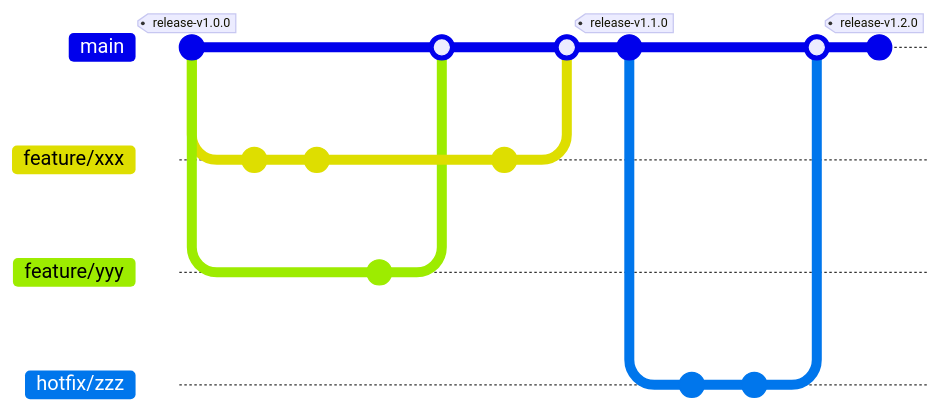
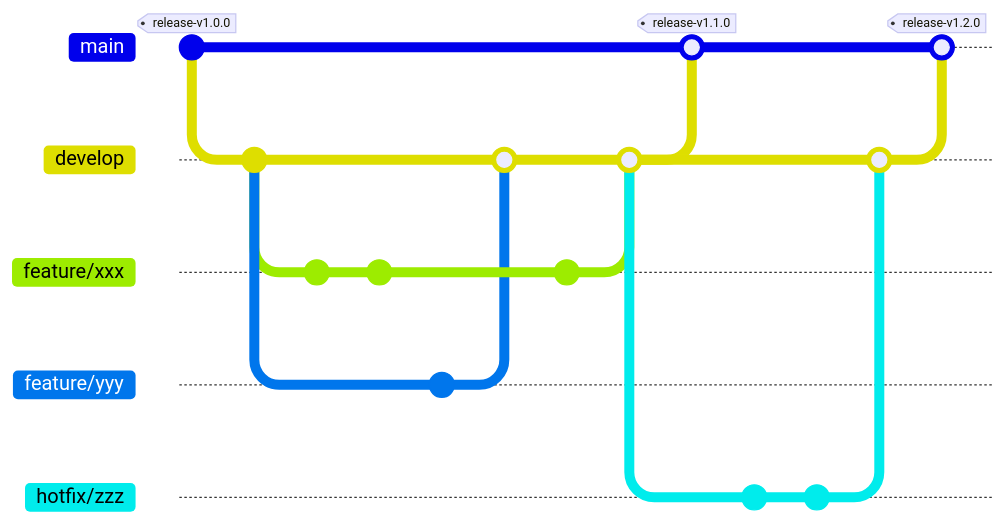
The diagram in docs/development-flow.md (oqtopus-team/qdash), drawn with Mermaid before and after one commit. The commit also changed other lines of this file, not shown here. Commit ids are hidden.

Commit message:
docs: update branch strategy

````diff
--- a/docs/development-flow.md
+++ b/docs/development-flow.md
@@ -9,24 +9,28 @@
 ```mermaid
 gitGraph LR:
     commit tag:"release-v1.0.0"
+    branch develop
+    commit
     branch feature/xxx
     commit
     commit
-    checkout main
+    checkout develop
     branch feature/yyy
     commit
-    checkout main
+    checkout develop
     merge feature/yyy
     checkout feature/xxx
     commit
+    checkout develop
+    merge feature/xxx
     checkout main
-    merge feature/xxx
-    commit tag:"release-v1.1.0"
-    checkout main
+    merge develop tag:"release-v1.1.0"
+    checkout develop
     branch hotfix/zzz
     commit
     commit
+    checkout develop
+    merge hotfix/zzz
     checkout main
-    merge hotfix/zzz
-    commit tag:"release-v1.2.0"
+    merge develop tag:"release-v1.2.0"
 ```
````
